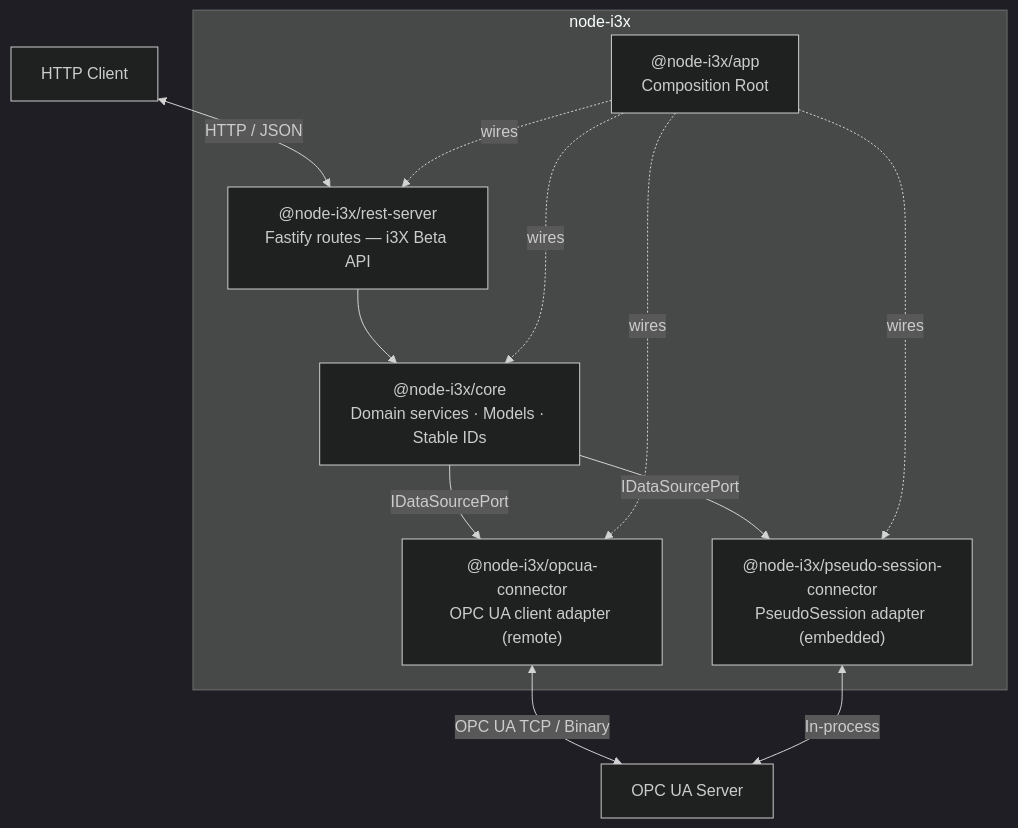
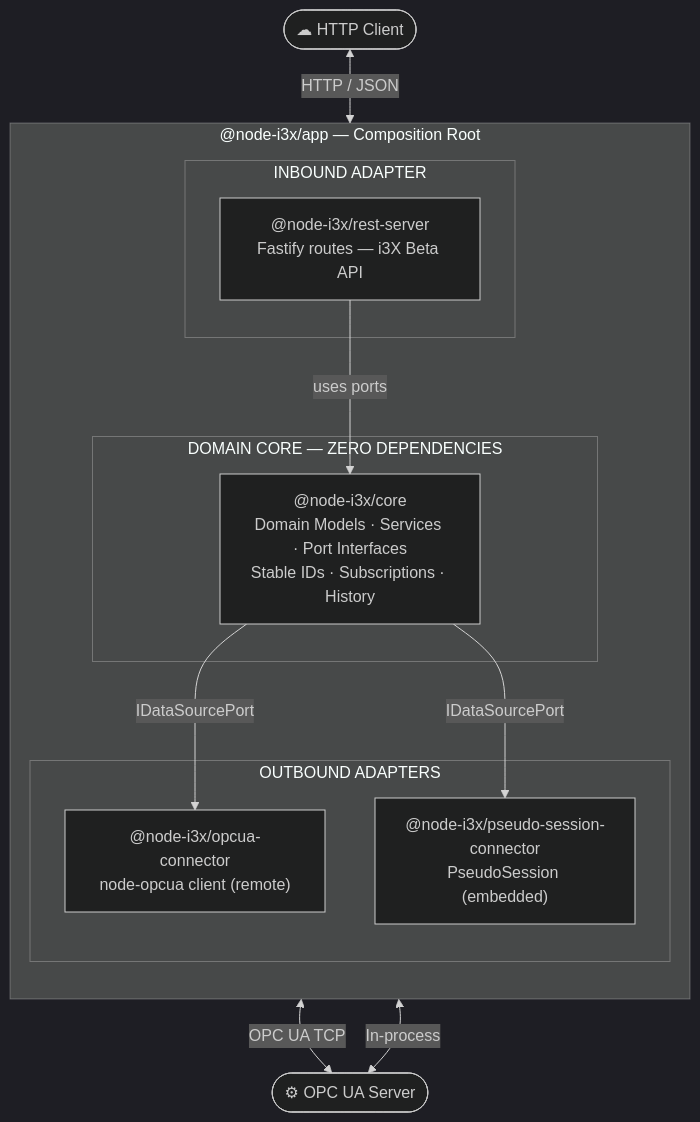
The diagram in README.md (node-opcua/node-i3x), drawn with Mermaid (dark theme) before and after one commit. The commit also changed other lines of this file and 1 other file, not shown here.

Commit message:
docs: replace ASCII hexagonal diagram with SVG
Dark-themed SVG with gradient fills, color-coded
layers (purple inbound, blue core, red outbound),
and proper box nesting showing the hexagonal
architecture. Includes pseudo-session-connector.
Also improved mermaid diagram with nested subgraphs.

````diff
--- a/README.md
+++ b/README.md
@@ -40,25 +40,30 @@
 ```mermaid
 graph TB
-    Client["HTTP Client"]
+    Client(["☁ HTTP Client"])
 
-    subgraph node-i3x
-        REST["@node-i3x/rest-server<br/>Fastify routes — i3X Beta API"]
-        Core["@node-i3x/core<br/>Domain services · Models · Stable IDs"]
-        OPC["@node-i3x/opcua-connector<br/>OPC UA client adapter (remote)"]
-        Pseudo["@node-i3x/pseudo-session-connector<br/>PseudoSession adapter (embedded)"]
-        App["@node-i3x/app<br/>Composition Root"]
+    subgraph APP["@node-i3x/app — Composition Root"]
+        direction TB
+
+        subgraph INBOUND["INBOUND ADAPTER"]
+            REST["@node-i3x/rest-server<br/>Fastify routes — i3X Beta API"]
+        end
+
+        subgraph CORE["DOMAIN CORE — ZERO DEPENDENCIES"]
+            Core["@node-i3x/core<br/>Domain Models · Services · Port Interfaces<br/>Stable IDs · Subscriptions · History"]
+        end
+
+        subgraph OUTBOUND["OUTBOUND ADAPTERS"]
+            OPC["@node-i3x/opcua-connector<br/>node-opcua client (remote)"]
+            Pseudo["@node-i3x/pseudo-session-connector<br/>PseudoSession (embedded)"]
+        end
     end
 
-    OPCUA["OPC UA Server"]
+    OPCUA(["⚙ OPC UA Server"])
 
-    Client <-->|HTTP / JSON| REST
-    REST --> Core
-    Core -->|IDataSourcePort| OPC
-    Core -->|IDataSourcePort| Pseudo
-    OPC <-->|OPC UA TCP / Binary| OPCUA
-    Pseudo <-->|In-process| OPCUA
-    App -.->|wires| REST
-    App -.->|wires| Core
-    App -.->|wires| OPC
-    App -.->|wires| Pseudo
+    Client <-->|"HTTP / JSON"| REST
+    REST -->|"uses ports"| Core
+    Core -->|"IDataSourcePort"| OPC
+    Core -->|"IDataSourcePort"| Pseudo
+    OPC <-->|"OPC UA TCP"| OPCUA
+    Pseudo <-->|"In-process"| OPCUA
 ```
````
